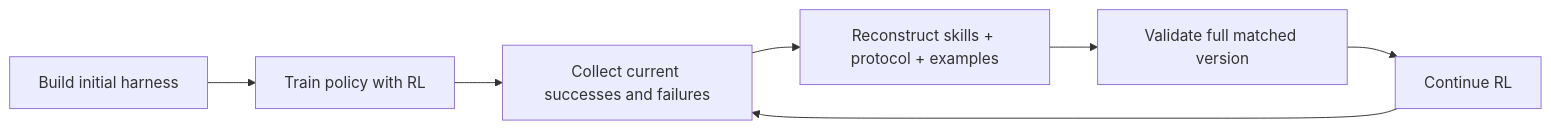
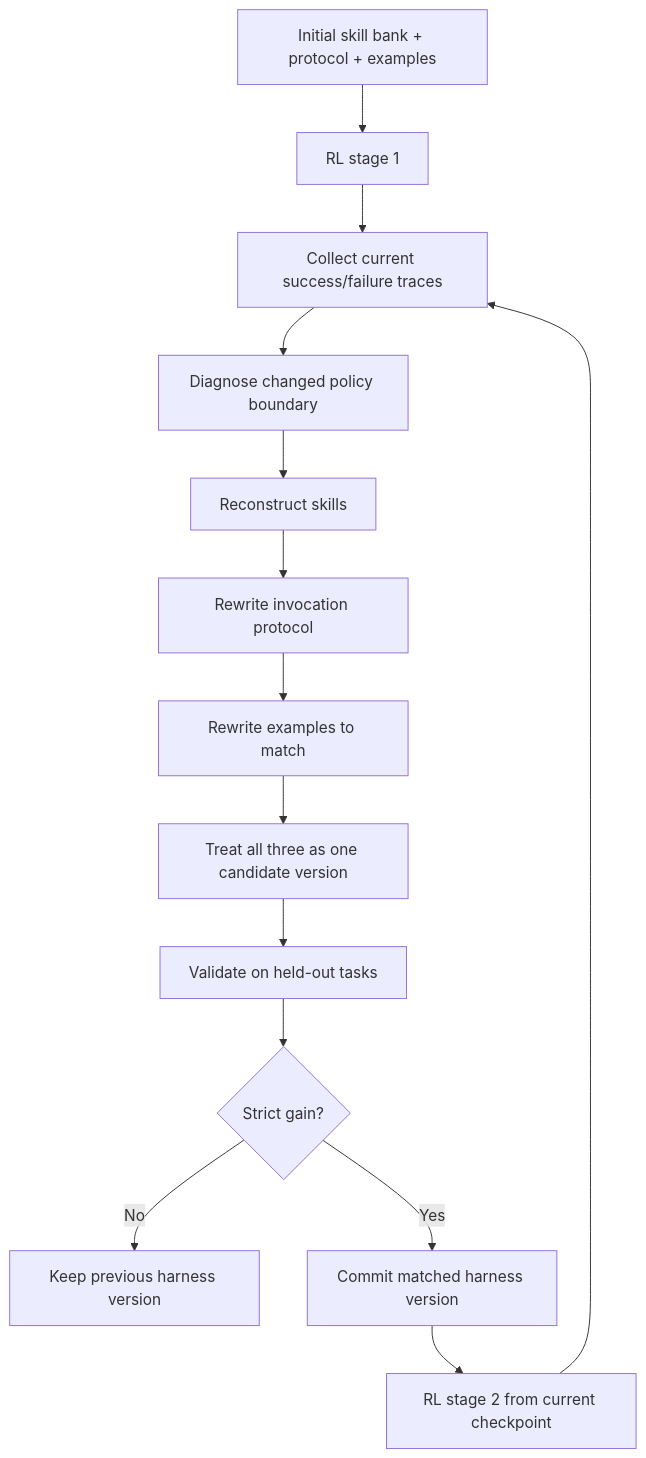
The diagram in _analyses/2609.32326.md (ShadowKingYT444/harness-papers-daily), drawn with Mermaid before and after one commit. The commit also changed other lines of this file and 37 other files, not shown here.

Commit message:
Expand all harness paper notes into implementation-ready guides

````diff
--- a/_analyses/2609.32326.md
+++ b/_analyses/2609.32326.md
@@ -21,9 +45,16 @@
-```mermaid
-flowchart LR
-    A[Build initial harness] --> B[Train policy with RL]
-    B --> C[Collect current successes and failures]
-    C --> D[Reconstruct skills + protocol + examples]
-    D --> E[Validate full matched version]
-    E --> F[Continue RL]
-    F --> C
-```
+~~~mermaid
+flowchart TD
+    A["Initial skill bank + protocol + examples"] --> B["RL stage 1"]
+    B --> C["Collect current success/failure traces"]
+    C --> D["Diagnose changed policy boundary"]
+    D --> E["Reconstruct skills"]
+    E --> F["Rewrite invocation protocol"]
+    F --> G["Rewrite examples to match"]
+    G --> H["Treat all three as one candidate version"]
+    H --> I["Validate on held-out tasks"]
+    I --> J{"Strict gain?"}
+    J -- "No" --> K["Keep previous harness version"]
+    J -- "Yes" --> L["Commit matched harness version"]
+    L --> M["RL stage 2 from current checkpoint"]
+    M --> C
+~~~
````
